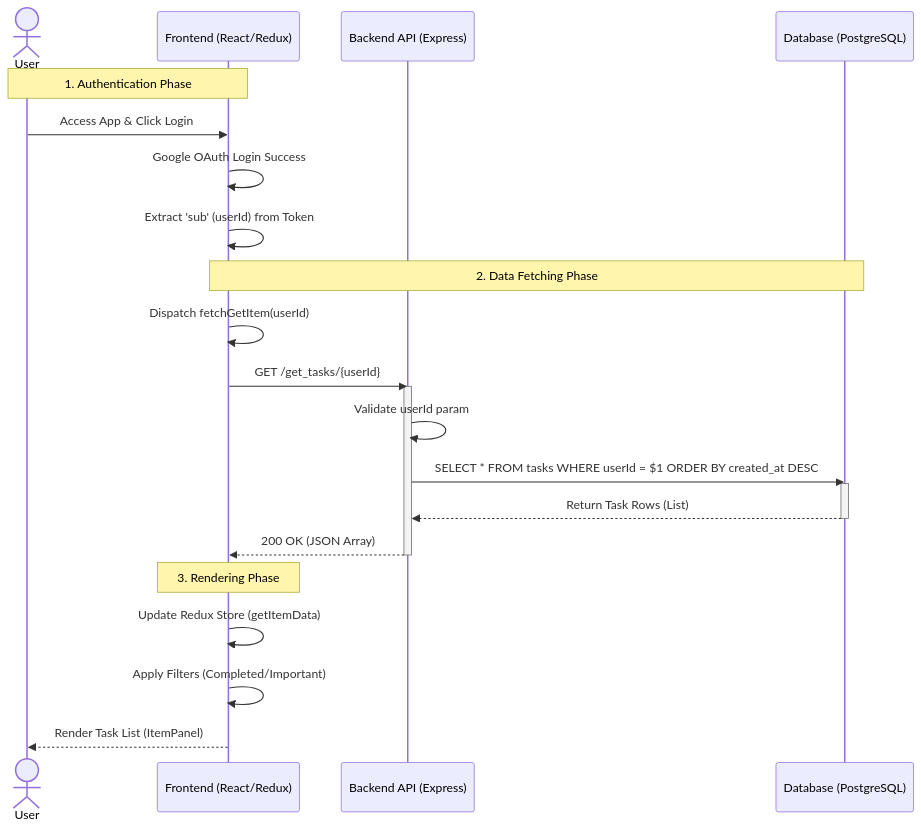
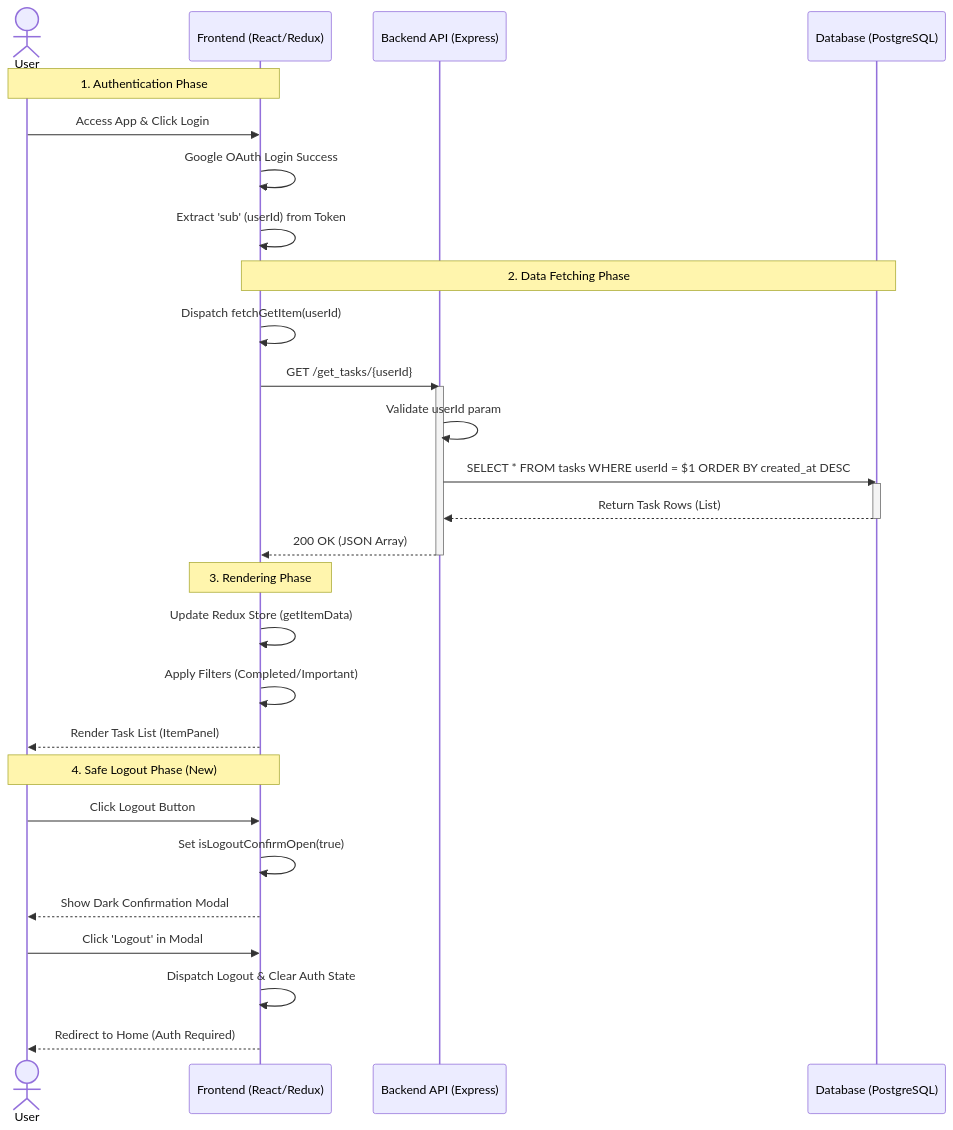
Before and after one commit to youmin0523/aicc8_deploy_app: the second of 2 diagrams in ARCHITECTURE.md, drawn with Mermaid. The commit also changed other lines of this file and 7 other files, not shown here.

````diff
--- a/ARCHITECTURE.md
+++ b/ARCHITECTURE.md
@@ -87,31 +89,39 @@
 ```mermaid
 sequenceDiagram
     actor User
     participant FE as Frontend (React/Redux)
     participant API as Backend API (Express)
     participant DB as Database (PostgreSQL)
 
     Note over User, FE: 1. Authentication Phase
     User->>FE: Access App & Click Login
     FE->>FE: Google OAuth Login Success
     FE->>FE: Extract 'sub' (userId) from Token
 
     Note over FE, DB: 2. Data Fetching Phase
     FE->>FE: Dispatch fetchGetItem(userId)
     FE->>API: GET /get_tasks/{userId}
     activate API
 
     API->>API: Validate userId param
     API->>DB: SELECT * FROM tasks WHERE userId = $1 ORDER BY created_at DESC
     activate DB
     DB-->>API: Return Task Rows (List)
     deactivate DB
 
     API-->>FE: 200 OK (JSON Array)
     deactivate API
 
     Note over FE: 3. Rendering Phase
     FE->>FE: Update Redux Store (getItemData)
     FE->>FE: Apply Filters (Completed/Important)
     FE-->>User: Render Task List (ItemPanel)
+
+    Note over User, FE: 4. Safe Logout Phase (New)
+    User->>FE: Click Logout Button
+    FE->>FE: Set isLogoutConfirmOpen(true)
+    FE-->>User: Show Dark Confirmation Modal
+    User->>FE: Click 'Logout' in Modal
+    FE->>FE: Dispatch Logout & Clear Auth State
+    FE-->>User: Redirect to Home (Auth Required)
 ```
````
